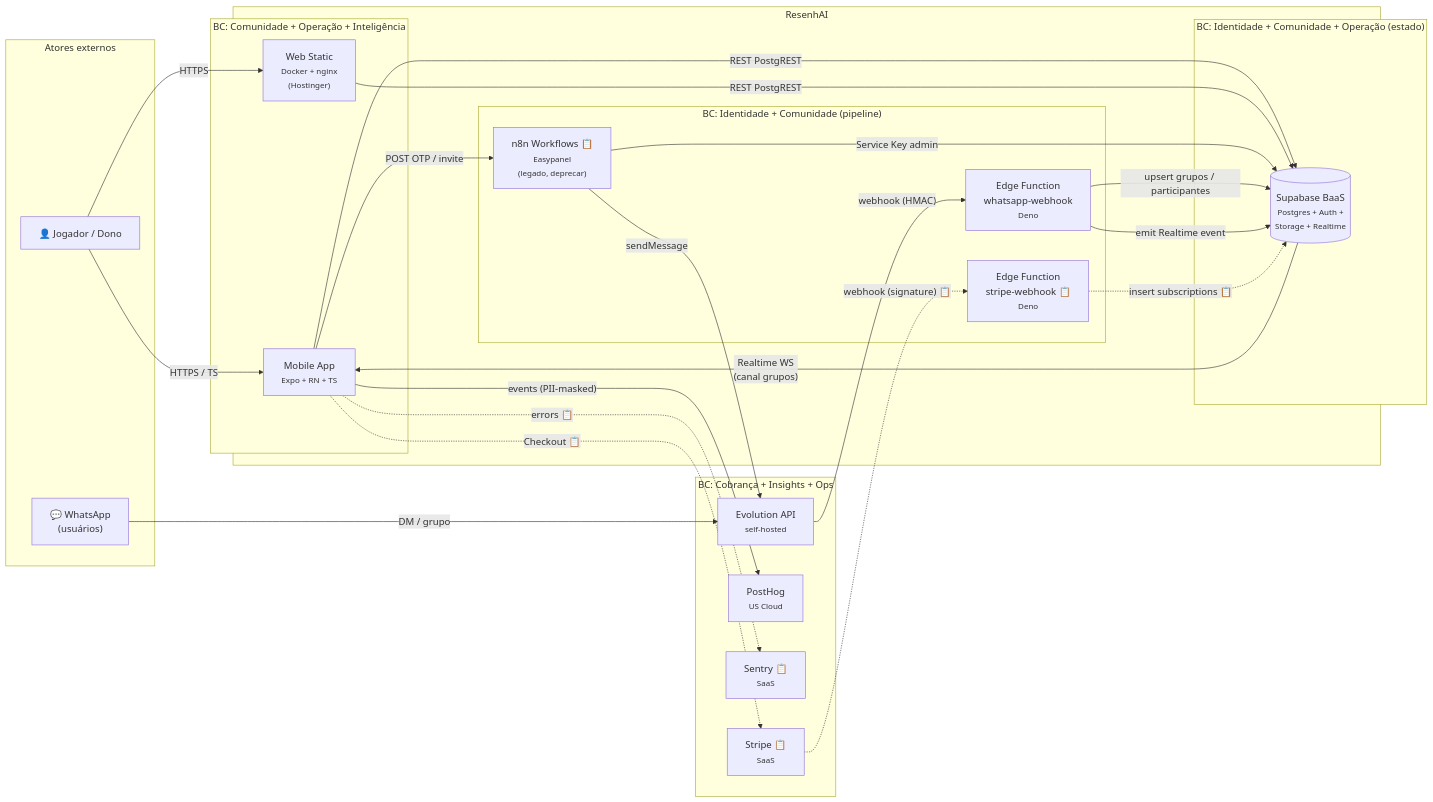
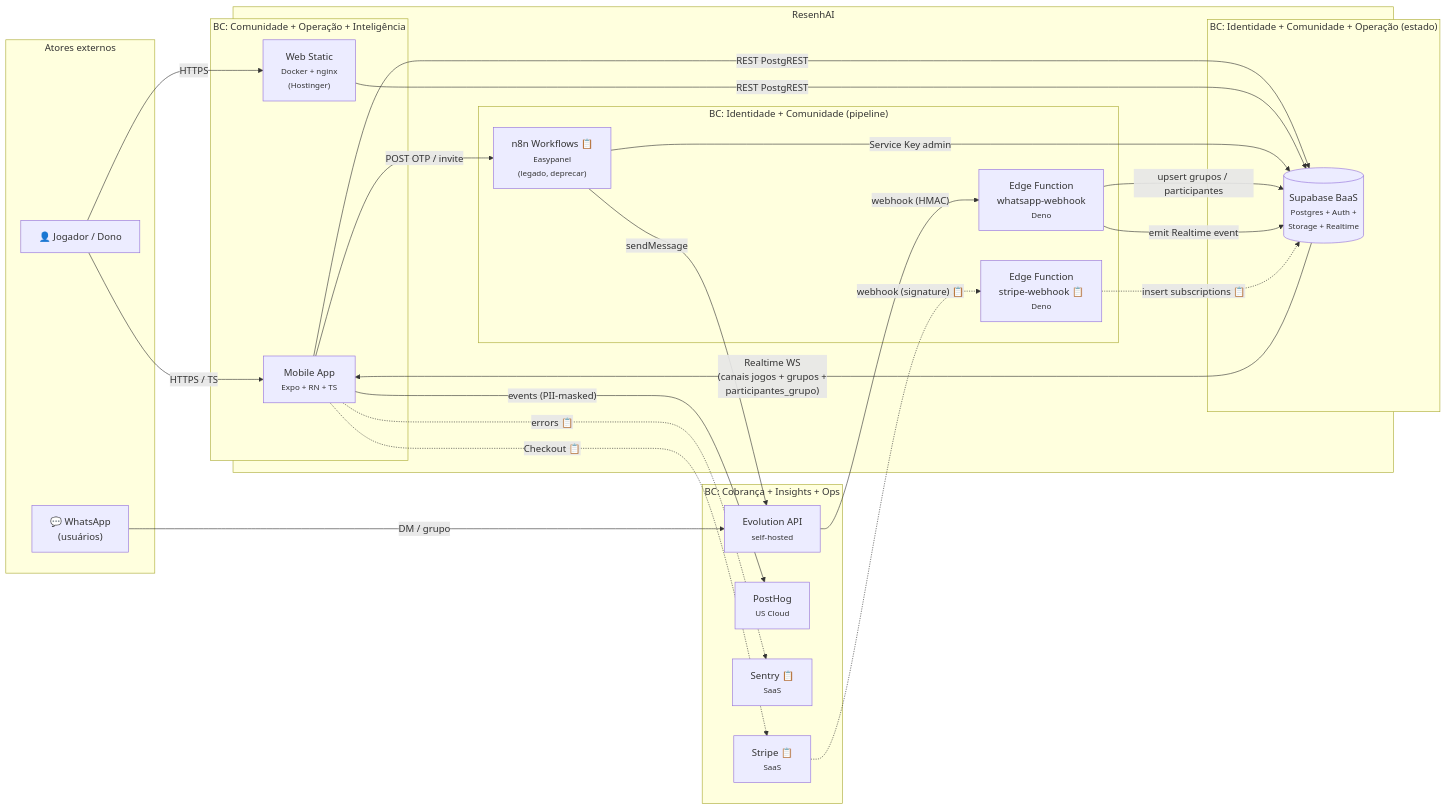
Before and after one commit to paceautomations/madruga.ai: the diagram in platforms/resenhai/engineering/containers.md, drawn with Mermaid. The commit also changed other lines of this file and 8 other files, not shown here.

````diff
--- a/platforms/resenhai/engineering/containers.md
+++ b/platforms/resenhai/engineering/containers.md
@@ -15,47 +15,47 @@
 ```mermaid
 graph LR
     subgraph ext["Atores externos"]
         Player["👤 Jogador / Dono"]
         Wpp["💬 WhatsApp<br/>(usuários)"]
     end
 
     subgraph platform["ResenhAI"]
         subgraph bcUx["BC: Comunidade + Operação + Inteligência"]
             Mobile["Mobile App<br/><small>Expo + RN + TS</small>"]
             Web["Web Static<br/><small>Docker + nginx<br/>(Hostinger)</small>"]
         end
         subgraph bcCore["BC: Identidade + Comunidade + Operação (estado)"]
             Sup[("Supabase BaaS<br/><small>Postgres + Auth +<br/>Storage + Realtime</small>")]
         end
         subgraph bcPipe["BC: Identidade + Comunidade (pipeline)"]
             EF1["Edge Function<br/>whatsapp-webhook<br/><small>Deno</small>"]
             EF2["Edge Function<br/>stripe-webhook 📋<br/><small>Deno</small>"]
             N8N["n8n Workflows 📋<br/><small>Easypanel<br/>(legado, deprecar)</small>"]
         end
     end
 
     subgraph saas["BC: Cobrança + Insights + Ops"]
         Evol["Evolution API<br/><small>self-hosted</small>"]
         PH["PostHog<br/><small>US Cloud</small>"]
         Sentry["Sentry 📋<br/><small>SaaS</small>"]
         Stripe["Stripe 📋<br/><small>SaaS</small>"]
     end
 
     Player -->|"HTTPS / TS"| Mobile
     Player -->|"HTTPS"| Web
     Mobile -->|"REST PostgREST"| Sup
     Web -->|"REST PostgREST"| Sup
-    Sup -->|"Realtime WS<br/>(canal grupos)"| Mobile
+    Sup -->|"Realtime WS<br/>(canais jogos + grupos +<br/>participantes_grupo)"| Mobile
     Mobile -->|"events (PII-masked)"| PH
     Mobile -.->|"errors 📋"| Sentry
     Mobile -->|"POST OTP / invite"| N8N
     Mobile -.->|"Checkout 📋"| Stripe
     N8N -->|"Service Key admin"| Sup
     N8N -->|"sendMessage"| Evol
     Wpp -->|"DM / grupo"| Evol
     Evol -->|"webhook (HMAC)"| EF1
     EF1 -->|"upsert grupos / participantes"| Sup
     EF1 -->|"emit Realtime event"| Sup
     Stripe -.->|"webhook (signature) 📋"| EF2
     EF2 -.->|"insert subscriptions 📋"| Sup
 ```
````
